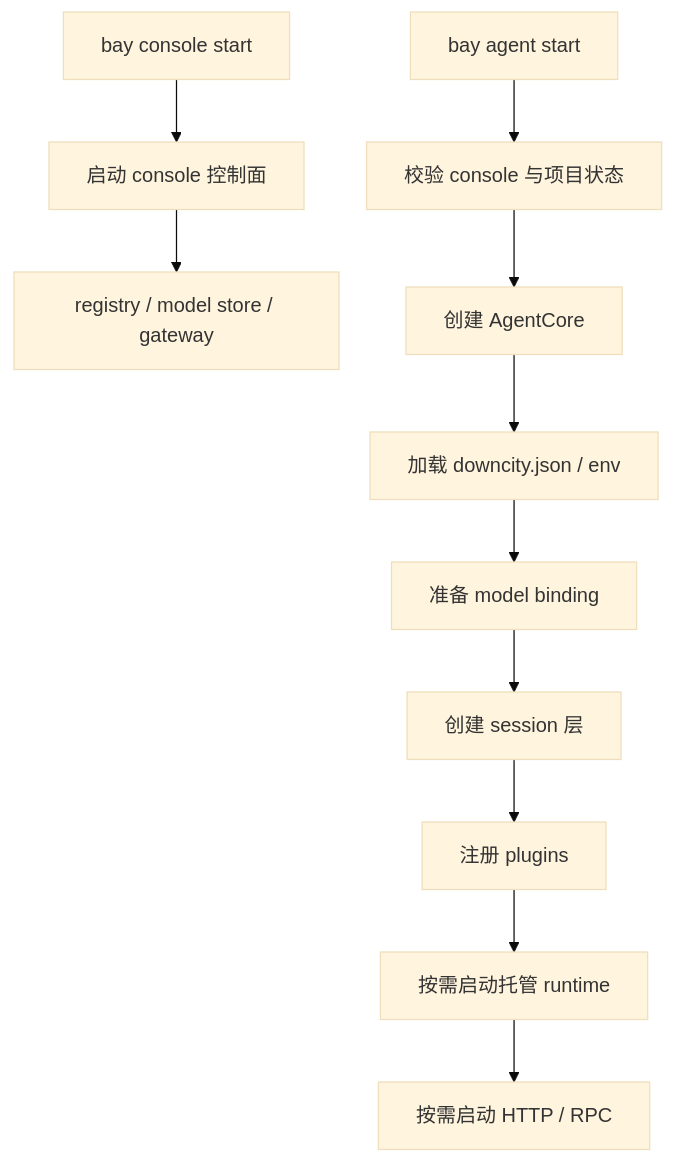
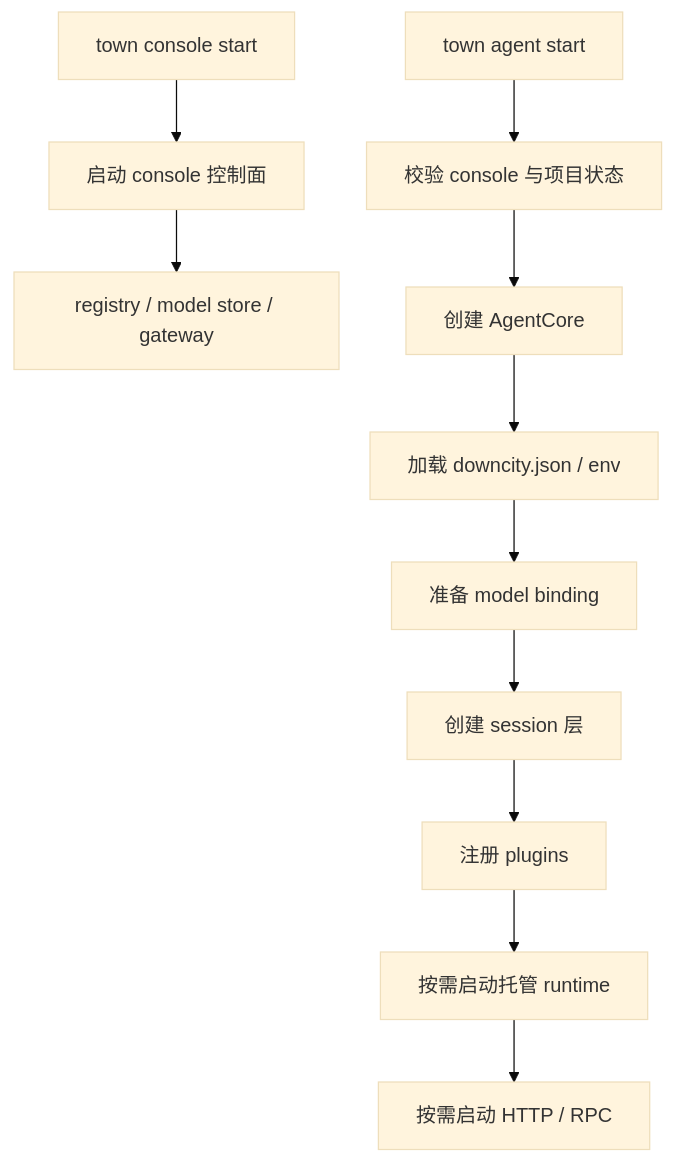
Before and after one commit to wangenius/downcity: the second of 3 diagrams in homepage/content/devdocs/zh/architecture/system-logic.mdx, drawn with Mermaid (base theme). The commit also changed 1247 other files, not shown here.

````diff
--- a/homepage/content/devdocs/zh/architecture/system-logic.mdx
+++ b/homepage/content/devdocs/zh/architecture/system-logic.mdx
@@ -111,14 +111,14 @@
 ```mermaid
 flowchart TD
-  A["bay console start"] --> B["启动 console 控制面"]
+  A["town console start"] --> B["启动 console 控制面"]
   B --> C["registry / model store / gateway"]
 
-  D["bay agent start"] --> E["校验 console 与项目状态"]
+  D["town agent start"] --> E["校验 console 与项目状态"]
   E --> F["创建 AgentCore"]
   F --> G["加载 downcity.json / env"]
   G --> H["准备 model binding"]
   H --> I["创建 session 层"]
   I --> J["注册 plugins"]
   J --> K["按需启动托管 runtime"]
   K --> L["按需启动 HTTP / RPC"]
 ```
````
